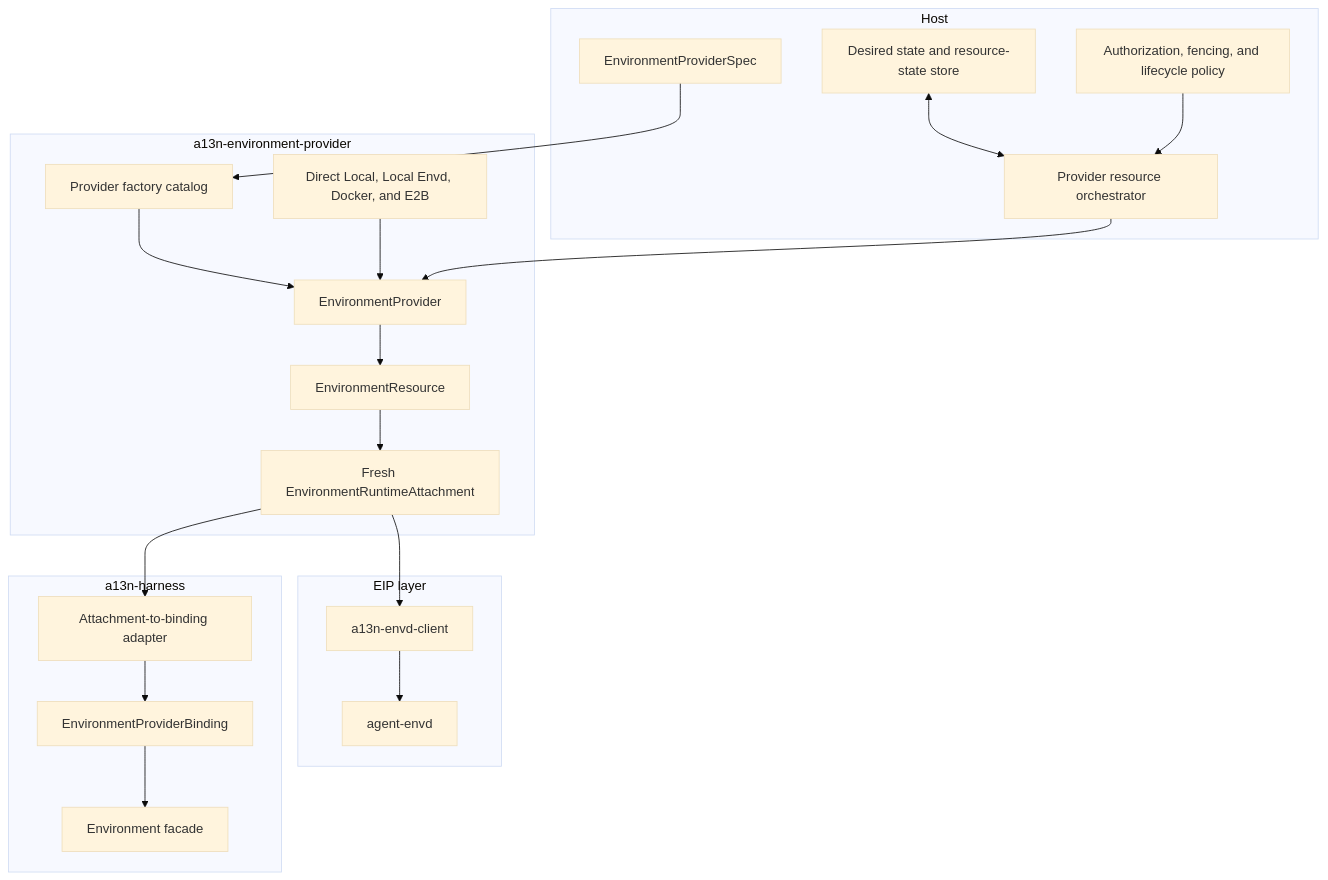
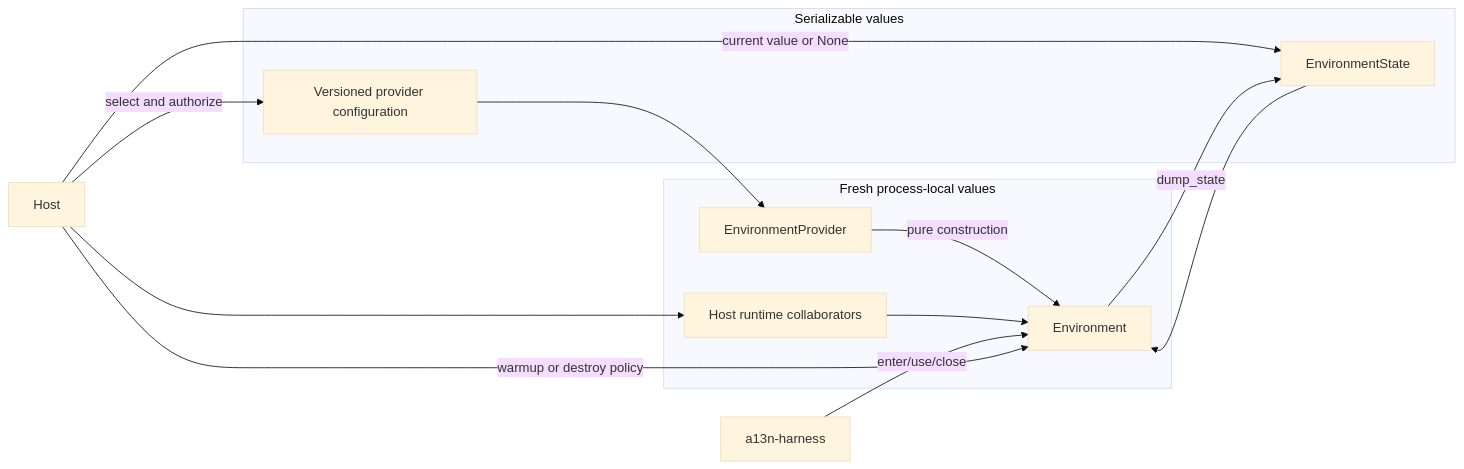
One commit to LTThreeComma/agent-foundation changed the first of 3 diagrams in spec/agent-environment-provider/00-overview.md. Above: the diagram before and after it, drawn with Mermaid (base theme). The commit also changed other lines of this file and 188 other files, not shown here.

First line of the commit message:
feat(harness): rework environment and host ownership (#82)

````diff
--- a/spec/agent-environment-provider/00-overview.md
+++ b/spec/agent-environment-provider/00-overview.md
@@ -17,35 +17,24 @@
 ```mermaid
-flowchart TB
-    subgraph Host[Host]
-        Definition[EnvironmentProviderSpec]
-        Store[Desired state and resource-state store]
-        Policy[Authorization, fencing, and lifecycle policy]
-        Orchestrator[Provider resource orchestrator]
+flowchart LR
+    subgraph Durable[Serializable values]
+        Config[Versioned provider configuration]
+        State[EnvironmentState]
     end
 
-    subgraph ProviderPackage[a13n-environment-provider]
-        Catalog[Provider factory catalog]
+    subgraph Process[Fresh process-local values]
+        Runtime[Host runtime collaborators]
         Provider[EnvironmentProvider]
-        Resource[EnvironmentResource]
-        Attachment[Fresh EnvironmentRuntimeAttachment]
-        Builtins[Direct Local, Local Envd, Docker, and E2B]
+        Environment[Environment]
     end
 
-    subgraph Harness[a13n-harness]
-        Adapter[Attachment-to-binding adapter]
-        Binding[EnvironmentProviderBinding]
-        Environment[Environment facade]
-    end
-
-    subgraph EIPLayer[EIP layer]
-        Client[a13n-envd-client]
-        Envd[agent-envd]
-    end
-
-    Definition --> Catalog --> Provider
-    Policy --> Orchestrator --> Provider
-    Store <--> Orchestrator
-    Provider --> Resource --> Attachment --> Adapter --> Binding --> Environment
-    Builtins --> Provider
-    Attachment --> Client --> Envd
+    Host[Host] -->|select and authorize| Config
+    Host -->|current value or None| State
+    Host --> Runtime
+    Config --> Provider
+    Provider -->|pure construction| Environment
+    State --> Environment
+    Runtime --> Environment
+    Environment -->|dump_state| State
+    Harness[a13n-harness] -->|enter/use/close| Environment
+    Host -->|warmup or destroy policy| Environment
 ```
````
